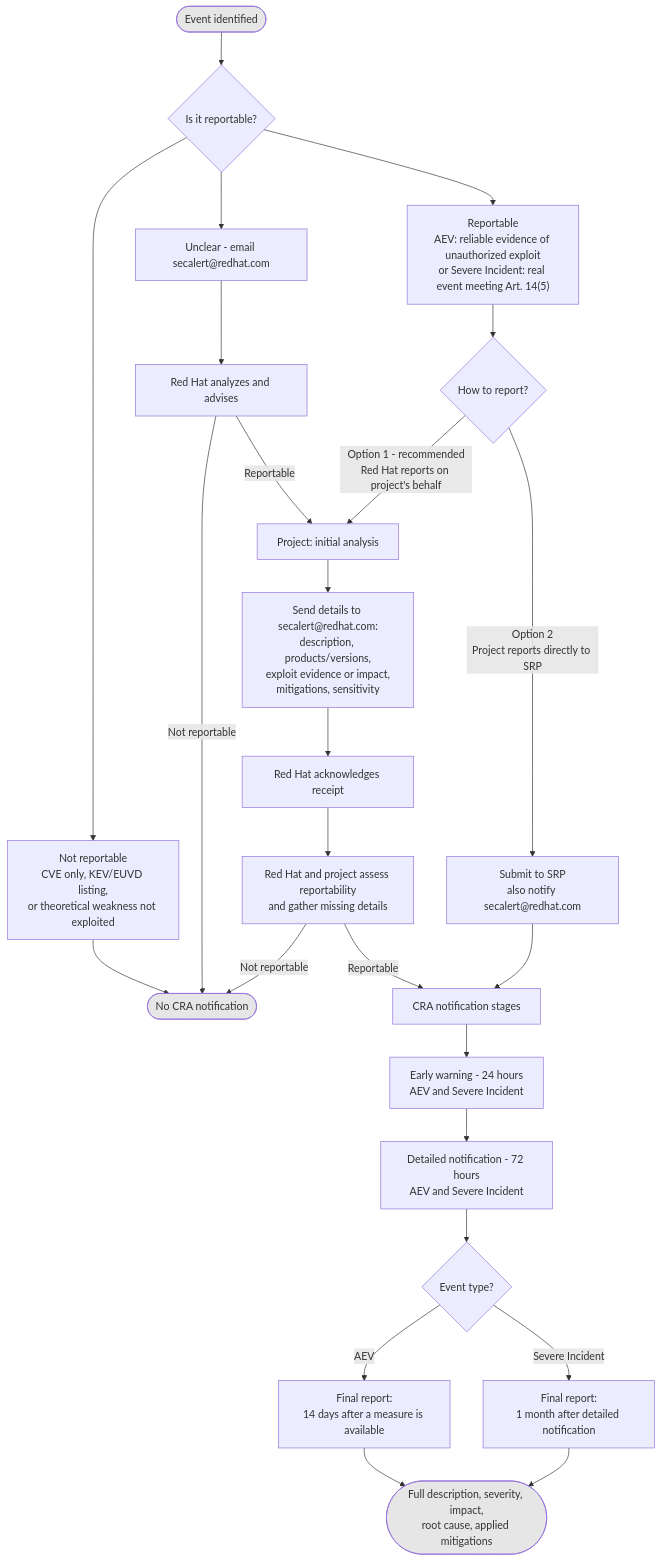
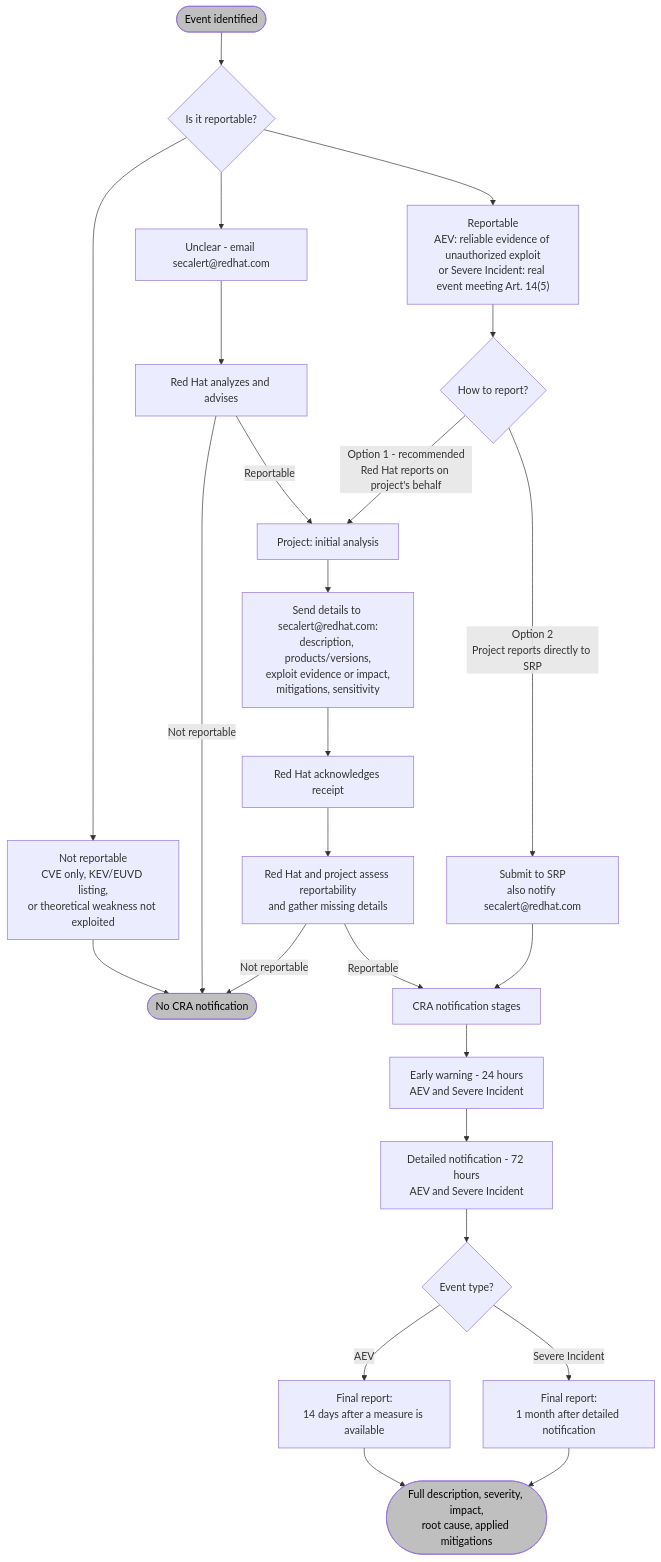
The diagram in Guidelines/eu-cra-incident-and-vulnerability-reporting-guidelines.md (RedHatProductSecurity/CRA), drawn with Mermaid before and after one commit.

Commit message:
Darken diagram terminal node colors for readability

````diff
--- a/Guidelines/eu-cra-incident-and-vulnerability-reporting-guidelines.md
+++ b/Guidelines/eu-cra-incident-and-vulnerability-reporting-guidelines.md
@@ -11,33 +11,33 @@
 ```mermaid
 ---
 config:
   layout: fixed
 ---
 flowchart TB
     start(["Event identified"]) --> classify{"Is it reportable?"}
     classify --> notReportable["Not reportable<br>CVE only, KEV/EUVD listing,<br>or theoretical weakness not exploited"] & reportable["Reportable<br>AEV: reliable evidence of unauthorized exploit<br>or Severe Incident: real event meeting Art. 14(5)"] & unsure["Unclear - email secalert@redhat.com"]
     notReportable --> noNotify(["No CRA notification"])
     unsure --> rhAdvice["Red Hat analyzes and advises"]
     rhAdvice -- Not reportable --> noNotify
     rhAdvice -- Reportable --> option1["Project: initial analysis"]
     reportable --> path{"How to report?"}
     path -- "Option 1 - recommended<br>Red Hat reports on project's behalf" --> option1
     path -- Option 2<br>Project reports directly to SRP --> option2["Submit to SRP<br>also notify secalert@redhat.com"]
     option1 --> send["Send details to secalert@redhat.com:<br>description, products/versions,<br>exploit evidence or impact,<br>mitigations, sensitivity"]
     send --> ack["Red Hat acknowledges receipt"]
     ack --> analysis["Red Hat and project assess reportability<br>and gather missing details"]
     analysis -- Not reportable --> noNotify
     analysis -- Reportable --> stages["CRA notification stages"]
     option2 --> stages
     stages --> early["Early warning - 24 hours<br>AEV and Severe Incident"]
     early --> detailed["Detailed notification - 72 hours<br>AEV and Severe Incident"]
     detailed --> finalSplit{"Event type?"}
     finalSplit -- AEV --> finalAEV["Final report:<br>14 days after a measure is available"]
     finalSplit -- Severe Incident --> finalSI["Final report:<br>1 month after detailed notification"]
     finalAEV --> finish(["Full description, severity, impact,<br>root cause, applied mitigations"])
     finalSI --> finish
 
-    style start fill:#e6e6e6
-    style noNotify fill:#e6e6e6
-    style finish fill:#e6e6e6
+    style start fill:#bfbfbf,color:#000
+    style noNotify fill:#bfbfbf,color:#000
+    style finish fill:#bfbfbf,color:#000
 ```
````
